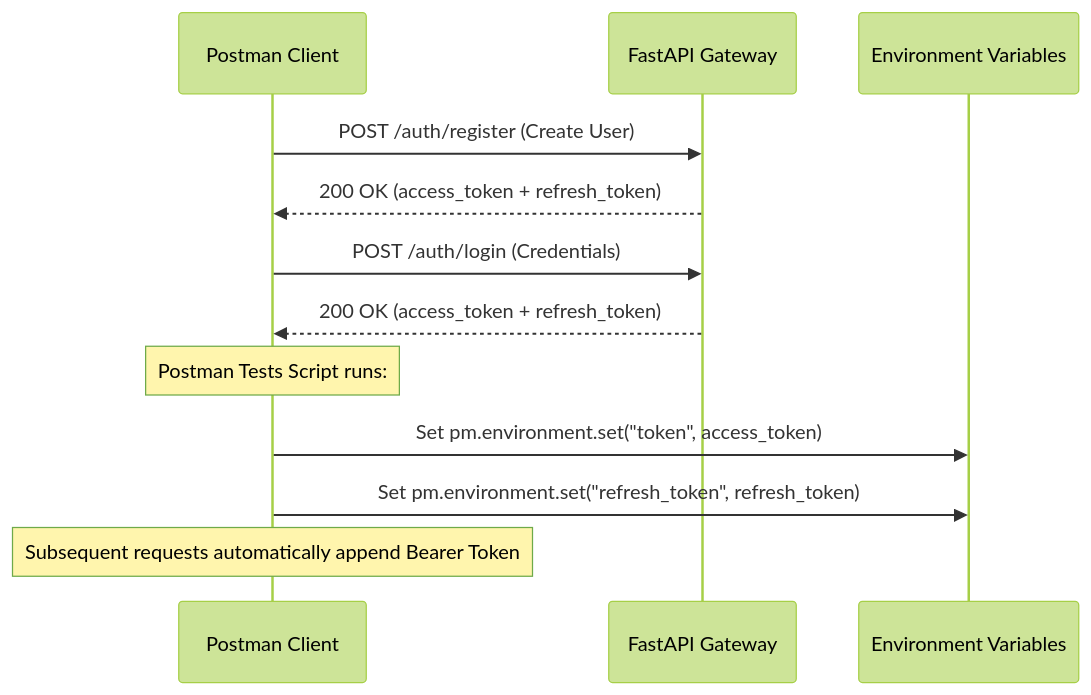
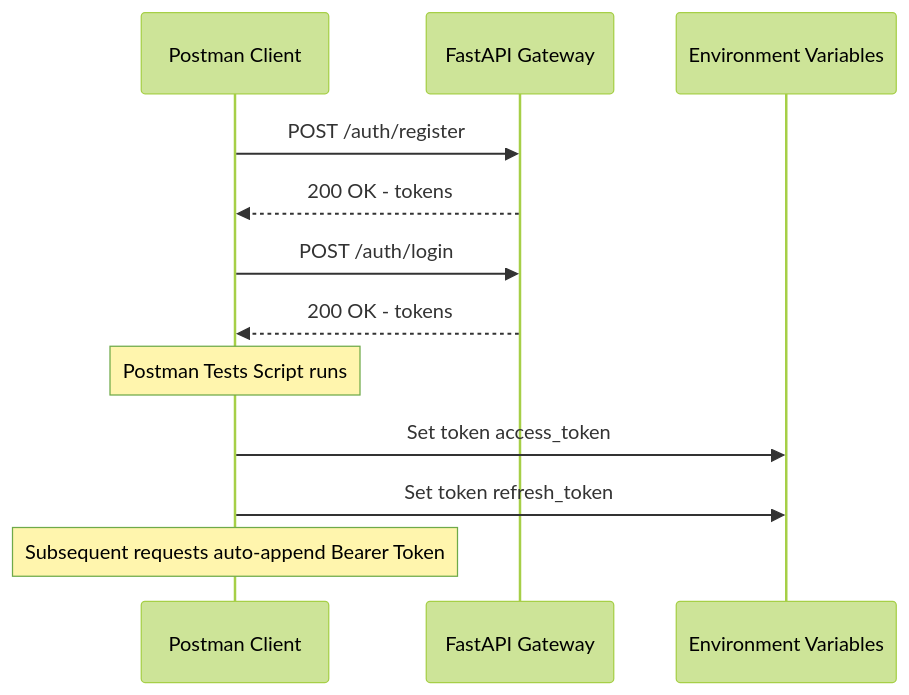
One commit to Anil-Pradhan-web/ai-career-mentor changed diagram 12 of 12 in README.md. Above: the diagram before and after it, drawn with Mermaid (forest theme). The commit also changed other lines of this file and 2 other files, not shown here.

Commit message:
docs: add high-resolution system architecture diagram image to README.md and ARCHITECTURE.md

````diff
--- a/README.md
+++ b/README.md
@@ -1031,15 +1025,15 @@
 ```mermaid
 sequenceDiagram
     participant User as Postman Client
     participant API as FastAPI Gateway
     participant Env as Environment Variables
 
-    User->>API: POST /auth/register (Create User)
-    API-->>User: 200 OK (access_token + refresh_token)
-    User->>API: POST /auth/login (Credentials)
-    API-->>User: 200 OK (access_token + refresh_token)
-    Note over User: Postman Tests Script runs:
-    User->>Env: Set pm.environment.set("token", access_token)
-    User->>Env: Set pm.environment.set("refresh_token", refresh_token)
-    Note over User: Subsequent requests automatically append Bearer Token
+    User->>API: POST /auth/register
+    API-->>User: 200 OK - tokens
+    User->>API: POST /auth/login
+    API-->>User: 200 OK - tokens
+    Note over User: Postman Tests Script runs
+    User->>Env: Set token access_token
+    User->>Env: Set token refresh_token
+    Note over User: Subsequent requests auto-append Bearer Token
 ```
````
